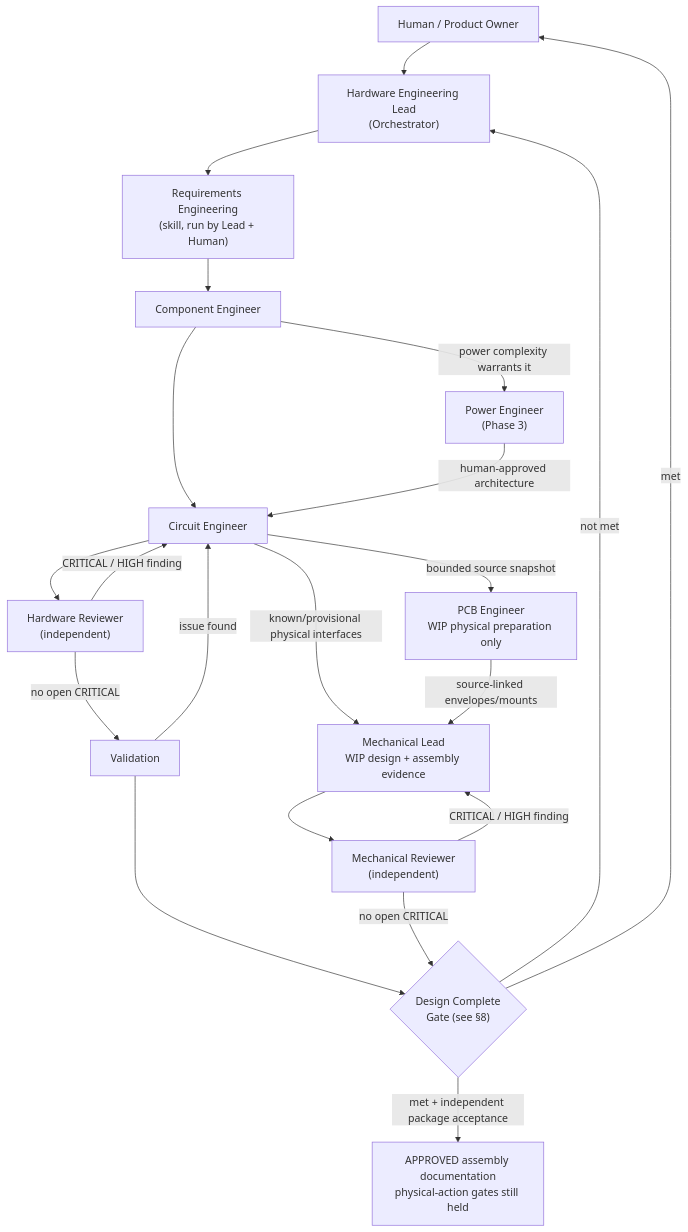
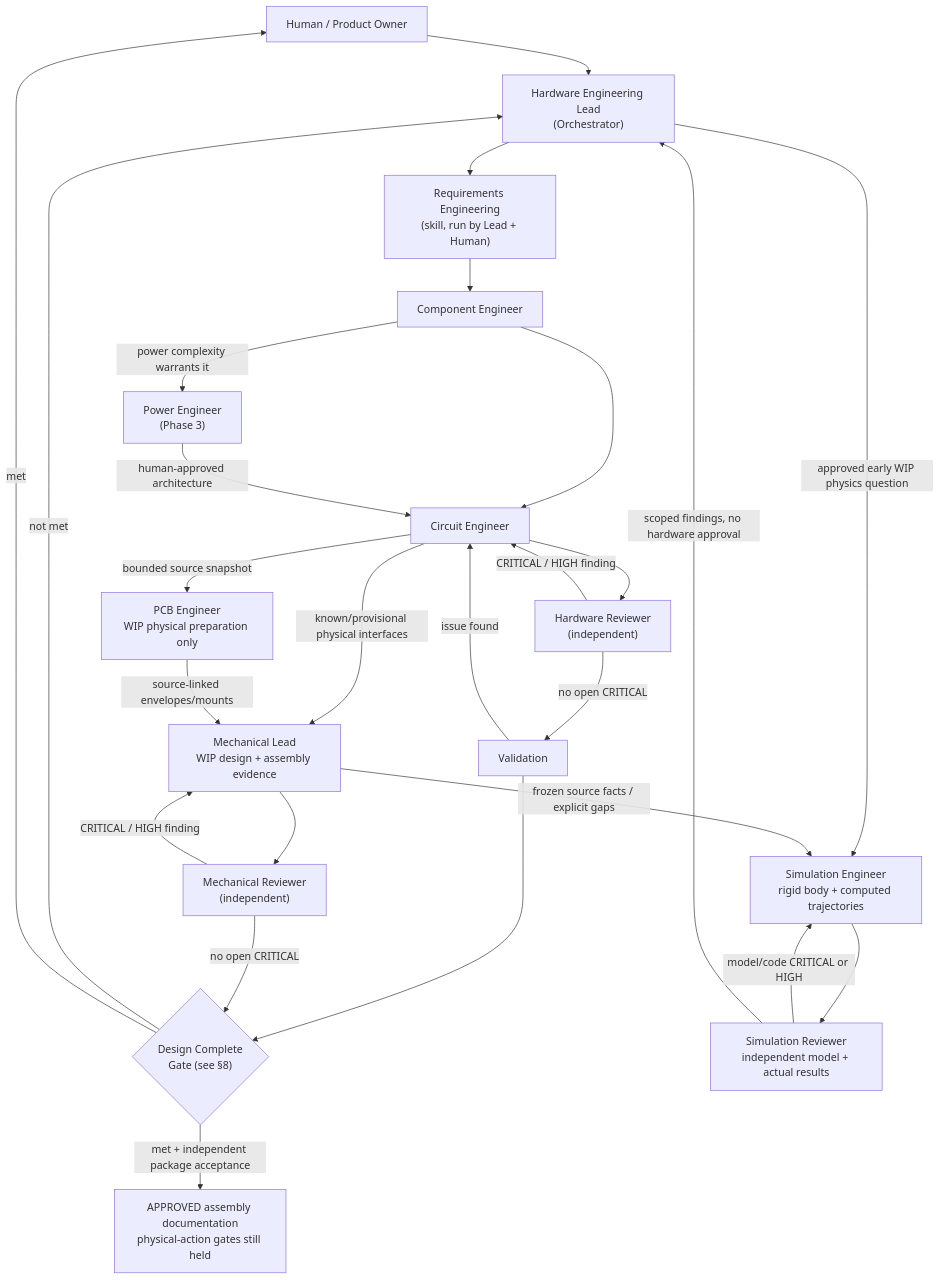
One commit to ktanino10/ai-hardware-engineering-team changed the diagram in docs/architecture.md. Above: the diagram before and after it, drawn with Mermaid. The commit also changed other lines of this file and 17 other files, not shown here.

First line of the commit message:
feat(team): add independent early-WIP simulation engineering roles

````diff
--- a/docs/architecture.md
+++ b/docs/architecture.md
@@ -27,23 +27,28 @@
 ```mermaid
 flowchart TD
     H["Human / Product Owner"] --> L["Hardware Engineering Lead\n(Orchestrator)"]
     L --> RE["Requirements Engineering\n(skill, run by Lead + Human)"]
     RE --> CE["Component Engineer"]
     CE --> CIR["Circuit Engineer"]
     CE -- "power complexity warrants it" --> PE["Power Engineer\n(Phase 3)"]
     PE -- "human-approved architecture" --> CIR
     CIR --> REV["Hardware Reviewer\n(independent)"]
     REV -- "CRITICAL / HIGH finding" --> CIR
     REV -- "no open CRITICAL" --> VAL["Validation"]
     VAL -- "issue found" --> CIR
     VAL --> GATE{"Design Complete\nGate (see §8)"}
     CIR -- "known/provisional physical interfaces" --> ML["Mechanical Lead\nWIP design + assembly evidence"]
     CIR -- "bounded source snapshot" --> PCBWIP["PCB Engineer\nWIP physical preparation only"]
     PCBWIP -- "source-linked envelopes/mounts" --> ML
     ML --> MREV["Mechanical Reviewer\n(independent)"]
     MREV -- "CRITICAL / HIGH finding" --> ML
     MREV -- "no open CRITICAL" --> GATE
     GATE -- "not met" --> L
     GATE -- "met" --> H
     GATE -- "met + independent package acceptance" --> DOC["APPROVED assembly documentation\nphysical-action gates still held"]
+    L -- "approved early WIP physics question" --> SIM["Simulation Engineer\nrigid body + computed trajectories"]
+    ML -- "frozen source facts / explicit gaps" --> SIM
+    SIM --> SREV["Simulation Reviewer\nindependent model + actual results"]
+    SREV -- "model/code CRITICAL or HIGH" --> SIM
+    SREV -- "scoped findings, no hardware approval" --> L
 ```
````
